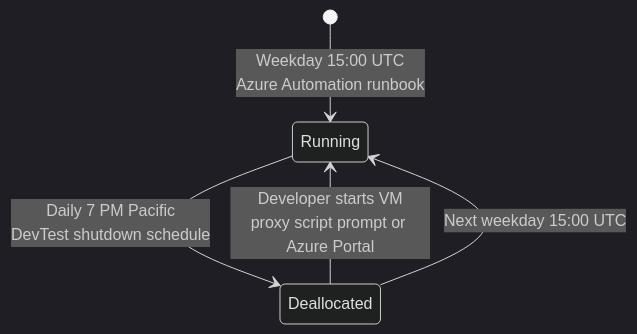
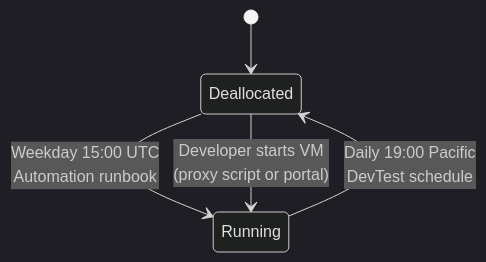
One commit to bcgov/eo-dmi-alz-bastion-jumpbox changed the fourth of 8 diagrams in README.md. Above: the diagram before and after it, drawn with Mermaid (dark theme). The commit also changed other lines of this file and 1 other file, not shown here.

````diff
--- a/README.md
+++ b/README.md
@@ -459,7 +469,7 @@
 ```mermaid
 stateDiagram-v2
-  [*] --> Running: Weekday 15:00 UTC<br/>Azure Automation runbook
-  Running --> Deallocated: Daily 7 PM Pacific<br/>DevTest shutdown schedule
-  Deallocated --> Running: Developer starts VM<br/>proxy script prompt or Azure Portal
-  Deallocated --> Running: Next weekday 15:00 UTC
+  [*] --> Deallocated
+  Deallocated --> Running: Weekday 15:00 UTC<br/>Automation runbook
+  Deallocated --> Running: Developer starts VM<br/>(proxy script or portal)
+  Running --> Deallocated: Daily 19:00 Pacific<br/>DevTest schedule
 ```
````
